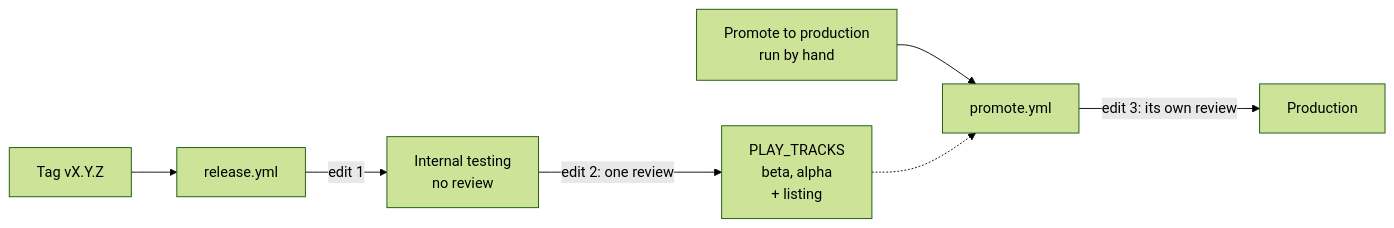
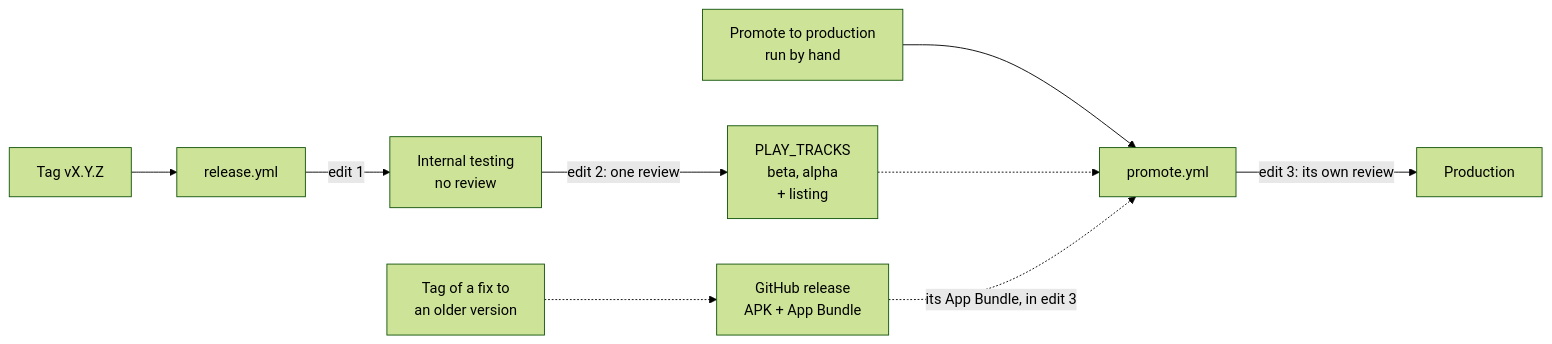
Before and after one commit to astrovm/crosstune: the diagram in CONTRIBUTING.md, drawn with Mermaid (forest theme). The commit also changed other lines of this file and 9 other files, not shown here.

First line of the commit message:
fix(play): send a fix to an older version to production from its GitHub release, and stop on every untagged version code

````diff
--- a/CONTRIBUTING.md
+++ b/CONTRIBUTING.md
@@ -58,9 +66,11 @@
 ```mermaid
 flowchart LR
   tag[Tag vX.Y.Z] --> release[release.yml]
   release -->|edit 1| internal[Internal testing<br/>no review]
   internal -->|edit 2: one review| testing[PLAY_TRACKS<br/>beta, alpha<br/>+ listing]
   dispatch[Promote to production<br/>run by hand] --> promote[promote.yml]
   testing -.-> promote
   promote -->|edit 3: its own review| production[Production]
+  hotfix[Tag of a fix to<br/>an older version] -.-> github[GitHub release<br/>APK + App Bundle]
+  github -.->|its App Bundle, in edit 3| promote
 ```
````
